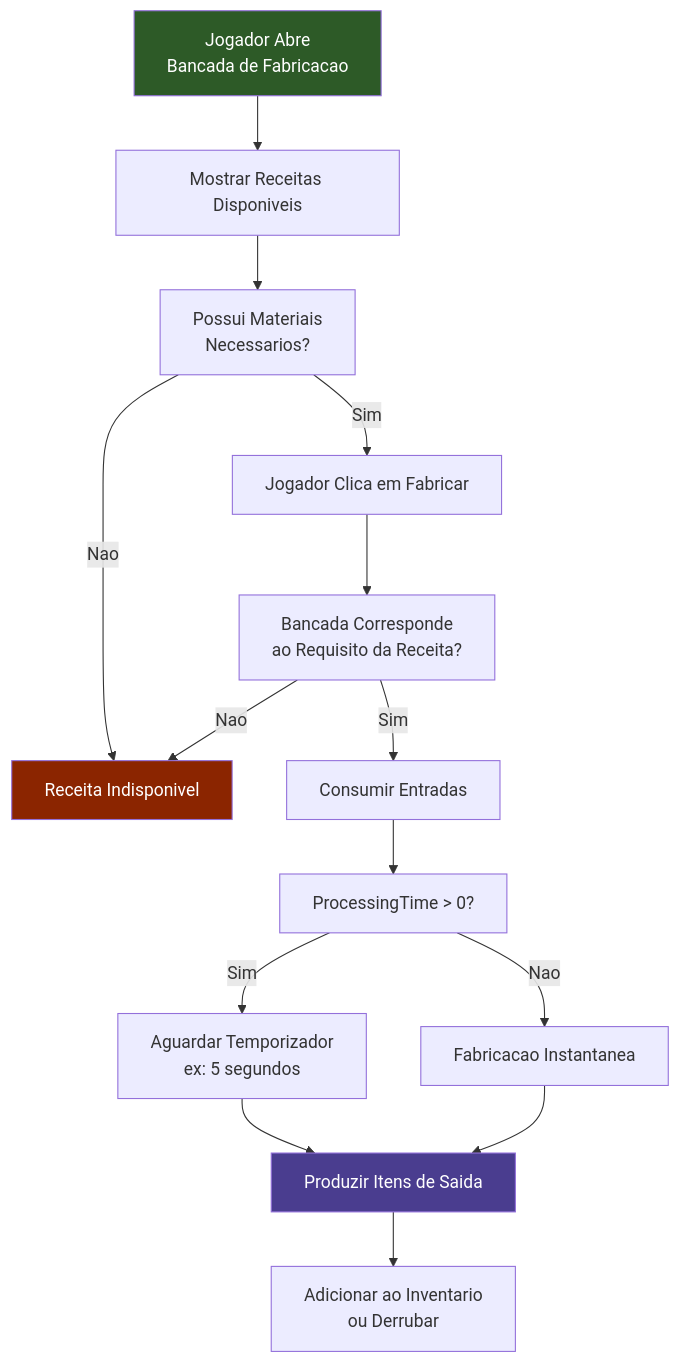
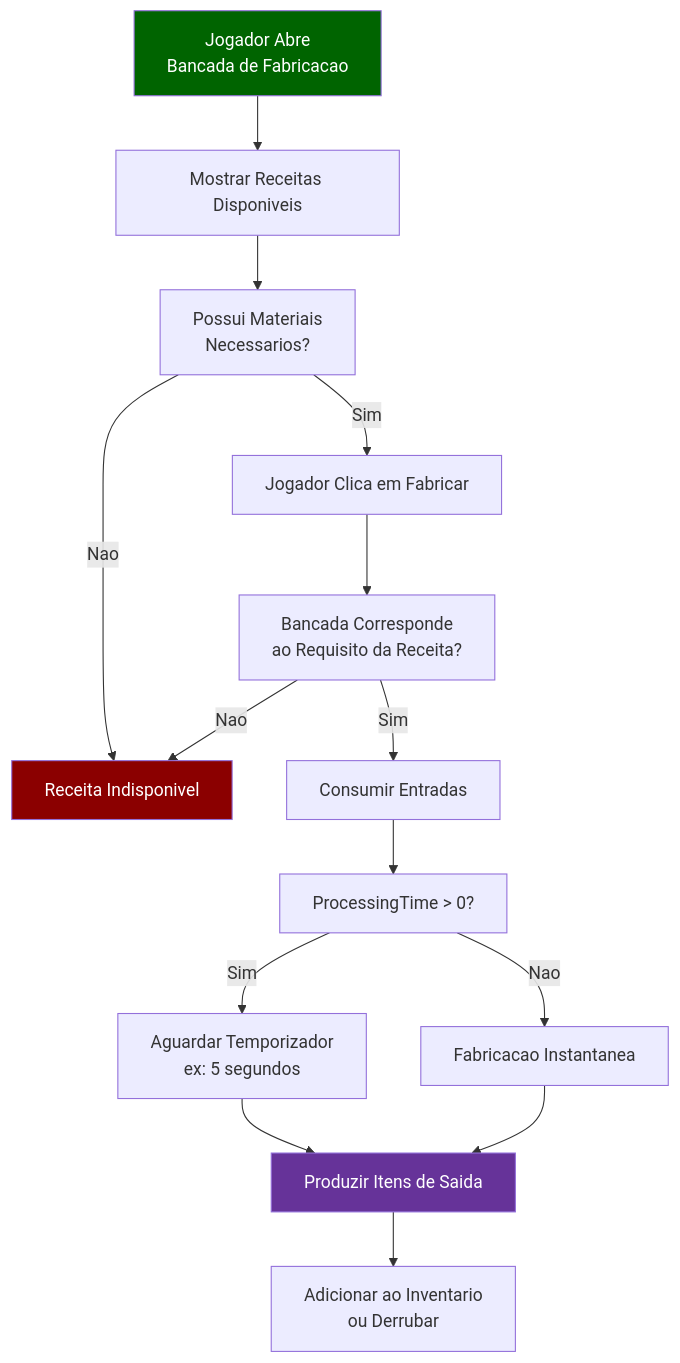
The first of 2 diagrams in src/content/docs/pt-br/reference/crafting-system/recipes.md (nevesb/hytale-modding-docs), drawn with Mermaid before and after one commit. The commit also changed other lines of this file and 34 other files, not shown here.

````diff
--- a/src/content/docs/pt-br/reference/crafting-system/recipes.md
+++ b/src/content/docs/pt-br/reference/crafting-system/recipes.md
@@ -12,24 +12,24 @@
 ```mermaid
-flowchart TD
-    A["Jogador Abre<br/>Bancada de Fabricacao"] --> B[Mostrar Receitas Disponiveis]
-    B --> C["Possui Materiais<br/>Necessarios?"]
+flowchart TD;
+    A["Jogador Abre<br>Bancada de Fabricacao"] --> B[Mostrar Receitas Disponiveis]
+    B --> C["Possui Materiais<br>Necessarios?"]
     C -->|"Nao"| D[Receita Indisponivel]
     C -->|"Sim"| E[Jogador Clica em Fabricar]
 
-    E --> F["Bancada Corresponde<br/>ao Requisito da Receita?"]
+    E --> F["Bancada Corresponde<br>ao Requisito da Receita?"]
     F -->|"Nao"| D
     F -->|"Sim"| G[Consumir Entradas]
 
     G --> H["ProcessingTime > 0?"]
-    H -->|"Sim"| I["Aguardar Temporizador<br/>ex: 5 segundos"]
+    H -->|"Sim"| I["Aguardar Temporizador<br>ex: 5 segundos"]
     H -->|"Nao"| J[Fabricacao Instantanea]
 
     I --> K[Produzir Itens de Saida]
     J --> K
 
-    K --> L["Adicionar ao Inventario<br/>ou Derrubar"]
+    K --> L["Adicionar ao Inventario<br>ou Derrubar"]
 
-    style A fill:#2d5a27,color:#fff
-    style D fill:#8b2500,color:#fff
-    style K fill:#4a3d8f,color:#fff
+    style A fill:darkgreen,color:white
+    style D fill:darkred,color:white
+    style K fill:rebeccapurple,color:white
 ```
````
